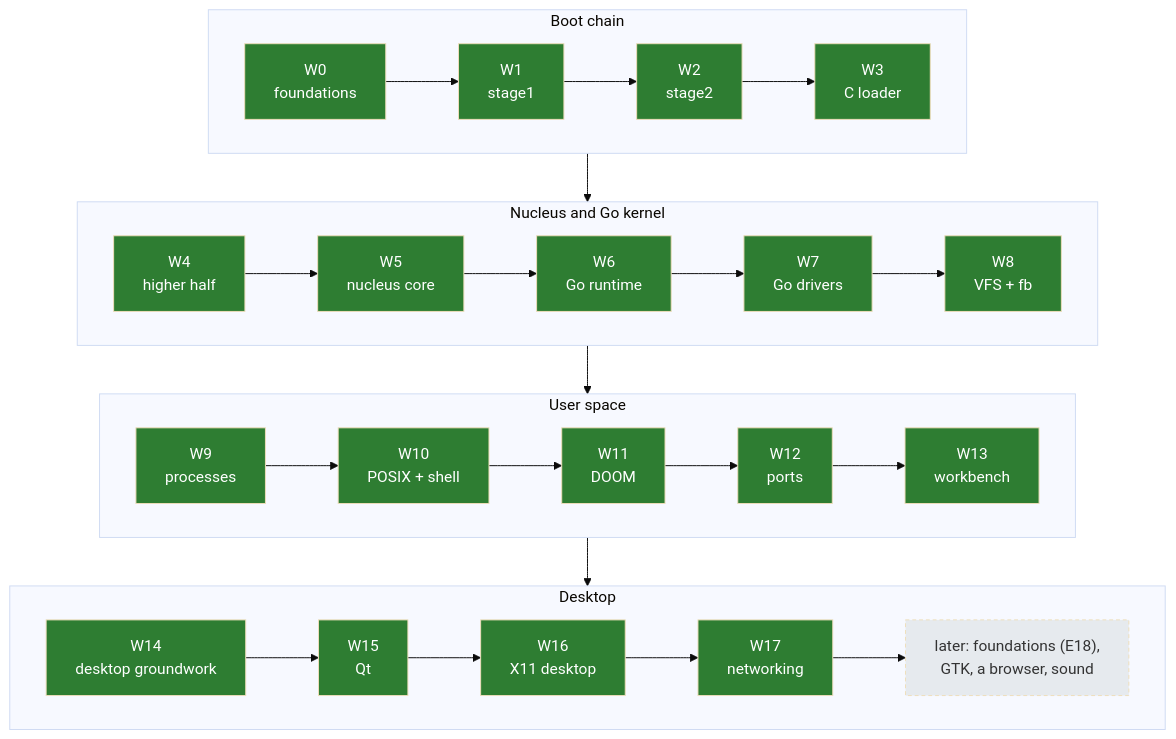
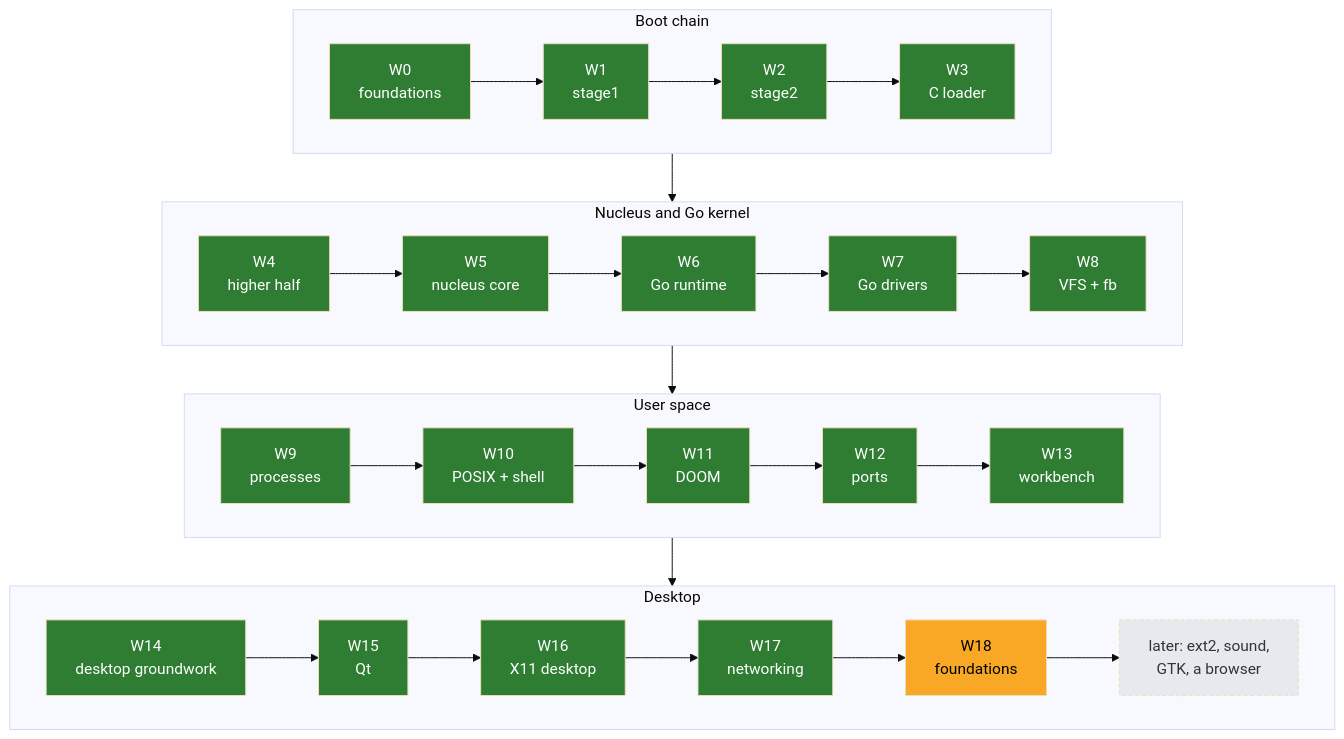
One commit to decagondev/burrow changed the diagram in docs/04-plan/ROADMAP.md. Above: the diagram before and after it, drawn with Mermaid (base theme). The commit also changed other lines of this file and 5 other files, not shown here.

````diff
--- a/docs/04-plan/ROADMAP.md
+++ b/docs/04-plan/ROADMAP.md
@@ -26,25 +27,26 @@
 ```mermaid
 flowchart TB
     subgraph boot["Boot chain"]
         direction LR
         W0["W0<br/>foundations"] --> W1["W1<br/>stage1"] --> W2["W2<br/>stage2"] --> W3["W3<br/>C loader"]
     end
     subgraph core["Nucleus and Go kernel"]
         direction LR
         W4["W4<br/>higher half"] --> W5["W5<br/>nucleus core"] --> W6["W6<br/>Go runtime"] --> W7["W7<br/>Go drivers"] --> W8["W8<br/>VFS + fb"]
     end
     subgraph unix["User space"]
         direction LR
         W9["W9<br/>processes"] --> W10["W10<br/>POSIX + shell"] --> W11["W11<br/>DOOM"] --> W12["W12<br/>ports"] --> W13["W13<br/>workbench"]
     end
     subgraph desk["Desktop"]
         direction LR
-        W14["W14<br/>desktop groundwork"] --> W15["W15<br/>Qt"] --> W16["W16<br/>X11 desktop"] --> W17["W17<br/>networking"] --> X["later: foundations (E18),<br/>GTK, a browser, sound"]
+        W14["W14<br/>desktop groundwork"] --> W15["W15<br/>Qt"] --> W16["W16<br/>X11 desktop"] --> W17["W17<br/>networking"] --> W18["W18<br/>foundations"] --> X["later: ext2, sound,<br/>GTK, a browser"]
     end
     boot --> core --> unix --> desk
     classDef done fill:#2e7d32,color:#fff;
     classDef next fill:#f9a825,color:#000;
     classDef later fill:#e6eaee,color:#333,stroke-dasharray: 4 3;
     class W0,W1,W2,W3,W4,W5,W6,W7,W8,W9,W10,W11,W12,W13,W14,W15,W16,W17 done;
+    class W18 next;
     class X later;
 ```
````
